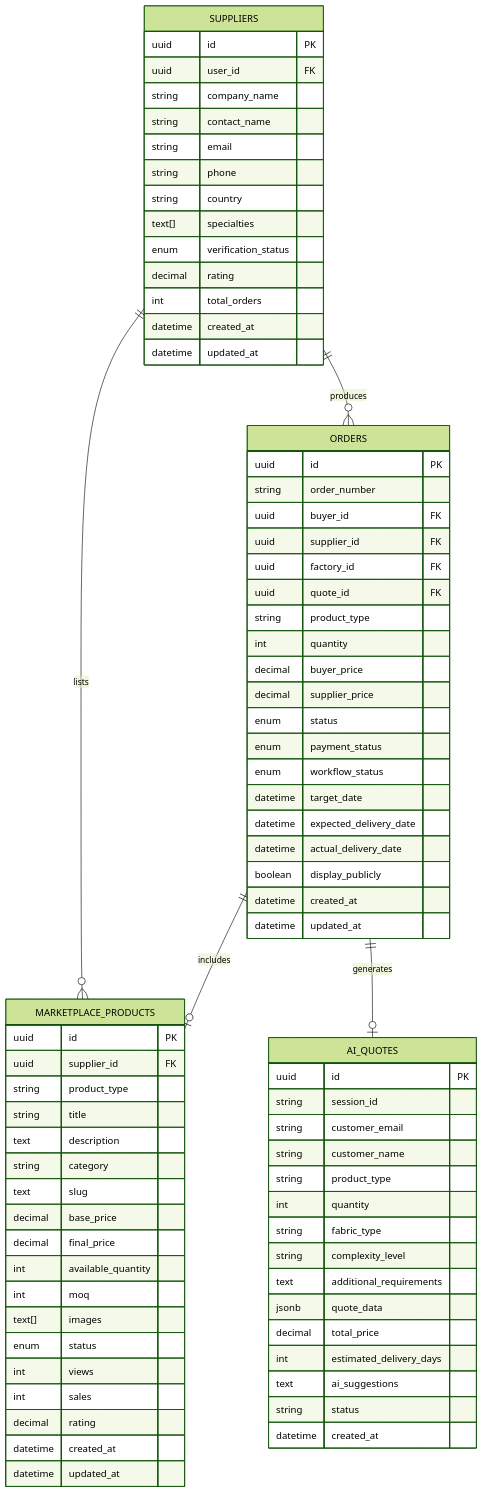
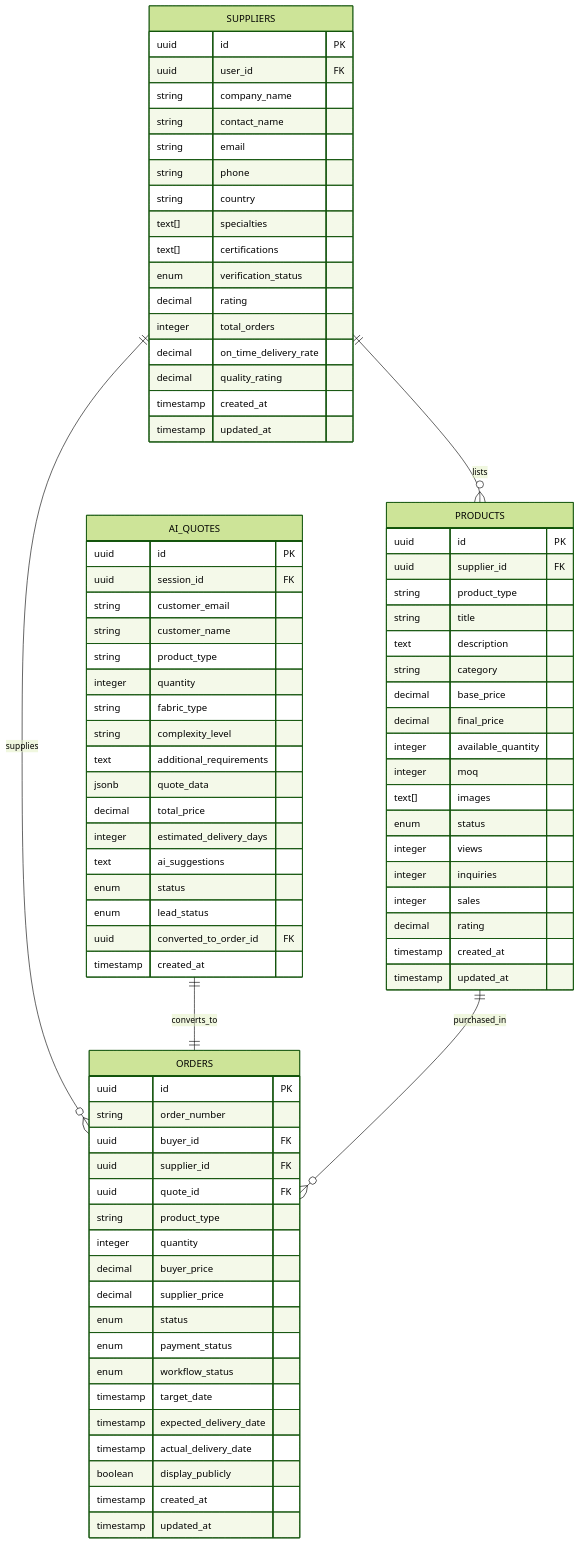
Before and after one commit to sleekapparels-admin/sleekapp-v100: the third of 5 diagrams in .qoder/repowiki/en/content/Backend Architecture/Backend Architecture.md, drawn with Mermaid (forest theme). The commit also changed other lines of this file and 337 other files, not shown here.

````diff
--- a/.qoder/repowiki/en/content/Backend Architecture/Backend Architecture.md
+++ b/.qoder/repowiki/en/content/Backend Architecture/Backend Architecture.md
@@ -257,72 +195,76 @@
 string phone
 string country
 text[] specialties
+text[] certifications
 enum verification_status
 decimal rating
-int total_orders
-datetime created_at
-datetime updated_at
+integer total_orders
+decimal on_time_delivery_rate
+decimal quality_rating
+timestamp created_at
+timestamp updated_at
 }
 ORDERS {
 uuid id PK
 string order_number
 uuid buyer_id FK
 uuid supplier_id FK
-uuid factory_id FK
 uuid quote_id FK
 string product_type
-int quantity
+integer quantity
 decimal buyer_price
 decimal supplier_price
 enum status
 enum payment_status
 enum workflow_status
-datetime target_date
-datetime expected_delivery_date
-datetime actual_delivery_date
+timestamp target_date
+timestamp expected_delivery_date
+timestamp actual_delivery_date
 boolean display_publicly
-datetime created_at
-datetime updated_at
+timestamp created_at
+timestamp updated_at
 }
-MARKETPLACE_PRODUCTS {
+AI_QUOTES {
+uuid id PK
+uuid session_id FK
+string customer_email
+string customer_name
+string product_type
+integer quantity
+string fabric_type
+string complexity_level
+text additional_requirements
+jsonb quote_data
+decimal total_price
+integer estimated_delivery_days
+text ai_suggestions
+enum status
+enum lead_status
+uuid converted_to_order_id FK
+timestamp created_at
+}
+PRODUCTS {
 uuid id PK
 uuid supplier_id FK
 string product_type
 string title
 text description
 string category
-text slug
 decimal base_price
 decimal final_price
-int available_quantity
-int moq
+integer available_quantity
+integer moq
 text[] images
 enum status
-int views
-int sales
+integer views
+integer inquiries
+integer sales
 decimal rating
-datetime created_at
-datetime updated_at
+timestamp created_at
+timestamp updated_at
 }
-AI_QUOTES {
-uuid id PK
-string session_id
-string customer_email
-string customer_name
-string product_type
-int quantity
-string fabric_type
-string complexity_level
-text additional_requirements
-jsonb quote_data
-decimal total_price
-int estimated_delivery_days
-text ai_suggestions
-string status
-datetime created_at
-}
-SUPPLIERS ||--o{ MARKETPLACE_PRODUCTS : "lists"
-SUPPLIERS ||--o{ ORDERS : "produces"
-ORDERS ||--o| MARKETPLACE_PRODUCTS : "includes"
-ORDERS ||--o| AI_QUOTES : "generates"
+SUPPLIERS ||--o{ ORDERS : supplies
+SUPPLIERS ||--o{ PRODUCTS : lists
+AI_QUOTES ||--|| ORDERS : converts_to
+PRODUCTS ||--o{ ORDERS : purchased_in
 ```
````
